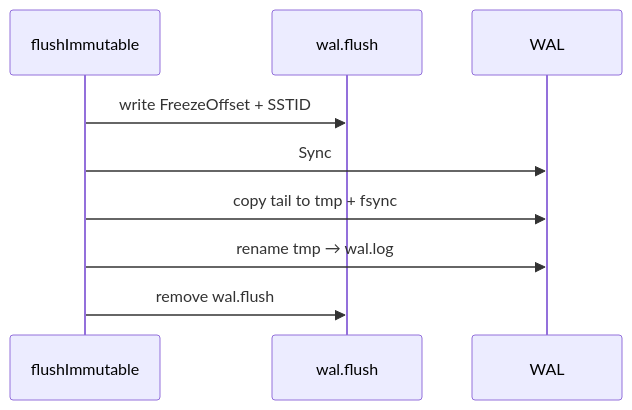
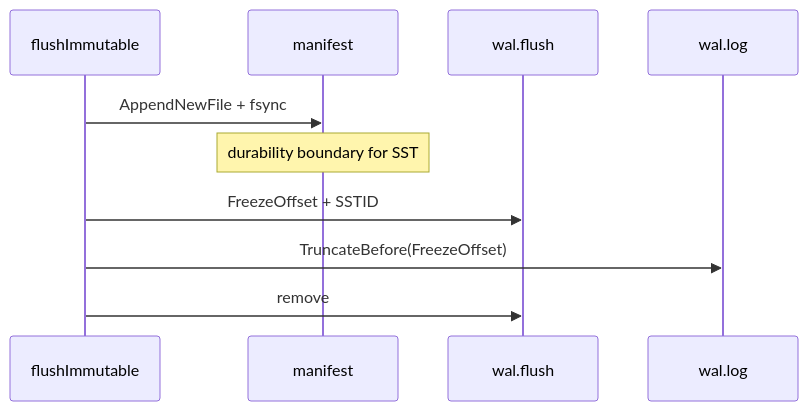
One commit to RUDRA-PRATAP-SINGH01/PebbleDB changed the diagram in docs/architecture/WAL_DESIGN.md. Above: the diagram before and after it, drawn with Mermaid. The commit also changed other lines of this file and 19 other files, not shown here.

````diff
--- a/docs/architecture/WAL_DESIGN.md
+++ b/docs/architecture/WAL_DESIGN.md
@@ -38,12 +119,13 @@
 ```mermaid
 sequenceDiagram
     participant F as flushImmutable
+    participant M as manifest
     participant WS as wal.flush
-    participant W as WAL
+    participant W as wal.log
 
-    F->>WS: write FreezeOffset + SSTID
-    F->>W: Sync
-    F->>W: copy tail to tmp + fsync
-    F->>W: rename tmp → wal.log
-    F->>WS: remove wal.flush
+    F->>M: AppendNewFile + fsync
+    Note over M: durability boundary for SST
+    F->>WS: FreezeOffset + SSTID
+    F->>W: TruncateBefore(FreezeOffset)
+    F->>WS: remove
 ```
````
